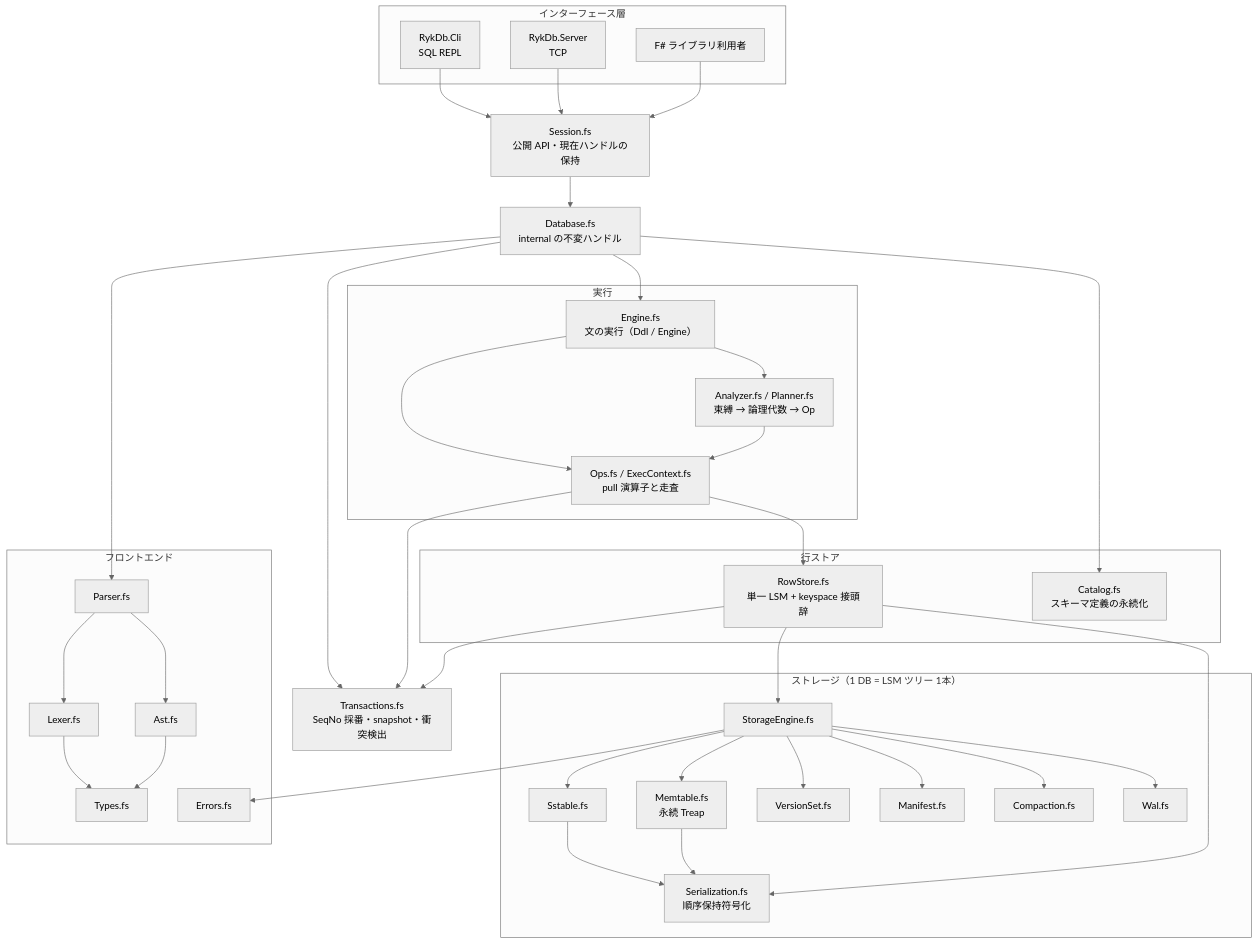
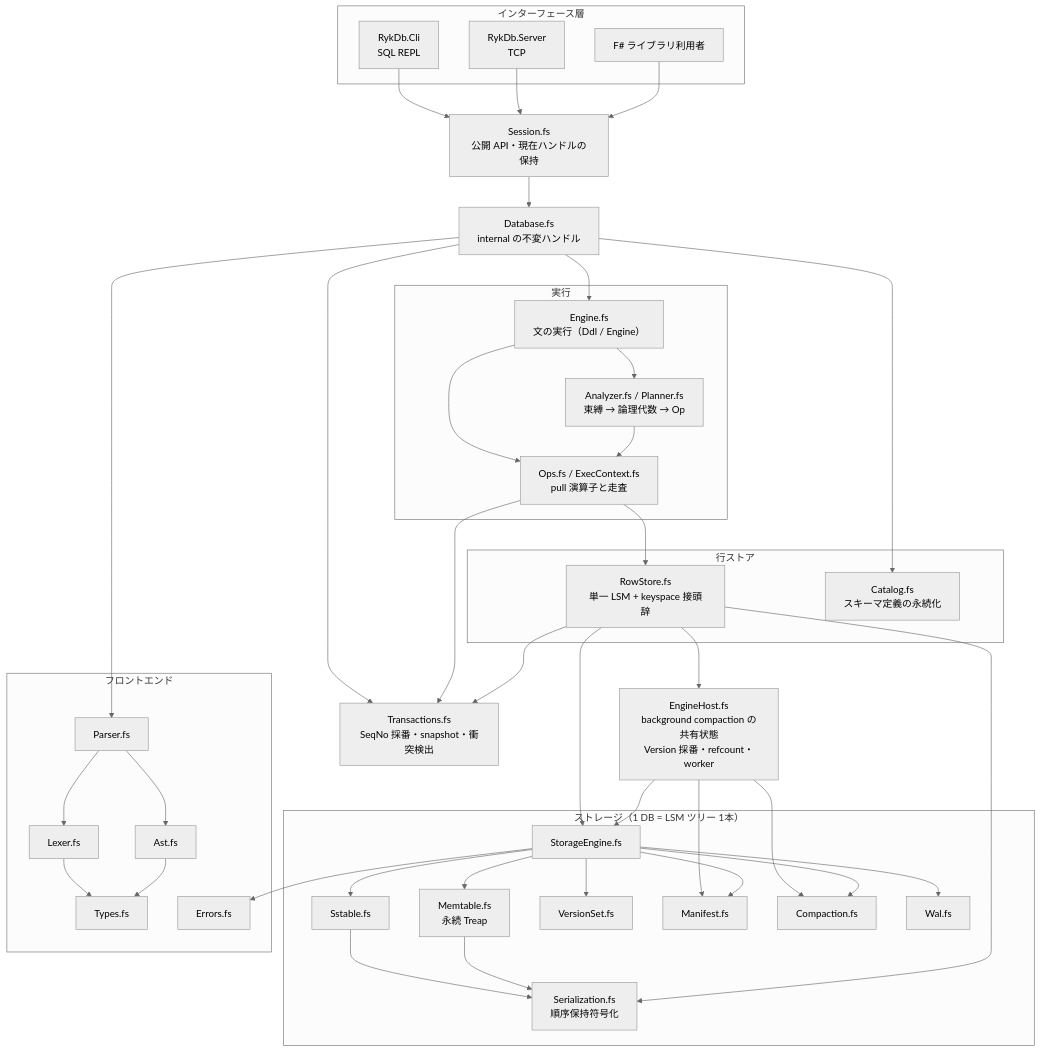
Before and after one commit to nwtks/rykdb: the first of 2 diagrams in docs/architecture.md, drawn with Mermaid (neutral theme). The commit also changed other lines of this file and 16 other files, not shown here.

````diff
--- a/docs/architecture.md
+++ b/docs/architecture.md
@@ -30,73 +30,79 @@
 ```mermaid
 flowchart TB
     subgraph IF["インターフェース層"]
         CLI["RykDb.Cli<br/>SQL REPL"]
         SRV["RykDb.Server<br/>TCP"]
         LIB["F# ライブラリ利用者"]
     end
 
     SESS["Session.fs<br/>公開 API・現在ハンドルの保持"]
     DB["Database.fs<br/>internal の不変ハンドル"]
     SESS --> DB
 
     subgraph EX["実行"]
         EN["Engine.fs<br/>文の実行（Ddl / Engine）"]
         PL["Analyzer.fs / Planner.fs<br/>束縛 → 論理代数 → Op"]
         OPS["Ops.fs / ExecContext.fs<br/>pull 演算子と走査"]
     end
 
     subgraph ROW["行ストア"]
         RS["RowStore.fs<br/>単一 LSM + keyspace 接頭辞"]
         CAT["Catalog.fs<br/>スキーマ定義の永続化"]
     end
+
+    HOST["EngineHost.fs<br/>background compaction の共有状態<br/>Version 採番・refcount・worker"]
 
     MVCC["Transactions.fs<br/>SeqNo 採番・snapshot・衝突検出"]
 
     subgraph ST["ストレージ（1 DB = LSM ツリー 1本）"]
         SE["StorageEngine.fs"]
         MEM["Memtable.fs<br/>永続 Treap"]
         SST["Sstable.fs"]
         VS["VersionSet.fs"]
         MF["Manifest.fs"]
         CO["Compaction.fs"]
         WAL["Wal.fs"]
         SER["Serialization.fs<br/>順序保持符号化"]
     end
 
     subgraph FE["フロントエンド"]
         P["Parser.fs"]
         L["Lexer.fs"]
         A["Ast.fs"]
         T["Types.fs"]
         E["Errors.fs"]
     end
 
     CLI --> SESS
     SRV --> SESS
     LIB --> SESS
     DB --> EN
     DB --> CAT
     DB --> MVCC
     EN --> PL
     EN --> OPS
     PL --> OPS
     OPS --> RS
     OPS --> MVCC
     RS --> SE
     RS --> MVCC
+    RS --> HOST
+    HOST --> SE
+    HOST --> CO
+    HOST --> MF
     SE --> MEM
     SE --> SST
     SE --> VS
     SE --> MF
     SE --> CO
     SE --> WAL
     SST --> SER
     MEM --> SER
     RS --> SER
     DB --> P
     P --> L
     P --> A
     L --> T
     A --> T
     SE --> E
 ```
````
